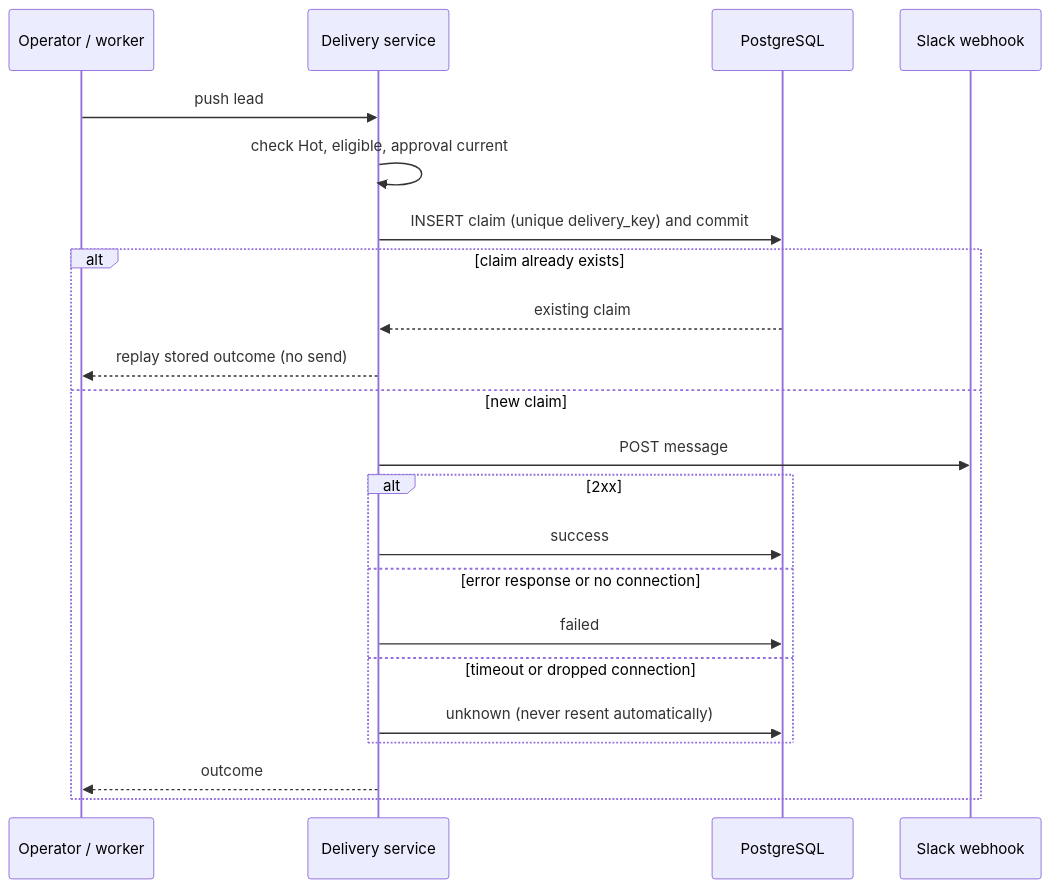
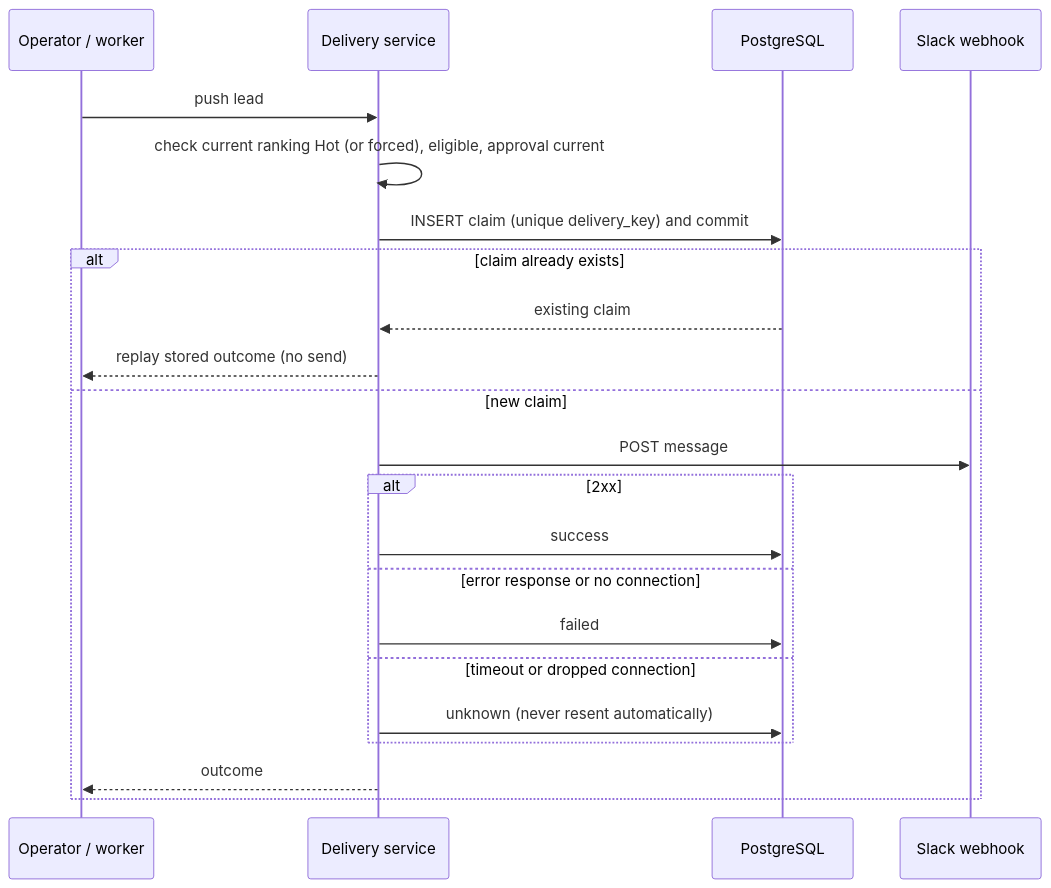
One commit to AhmedKamal-41/gtmflow-ai changed the fifth of 5 diagrams in PROJECT.md. Above: the diagram before and after it, drawn with Mermaid. The commit also changed other lines of this file and 103 other files, not shown here.

````diff
--- a/PROJECT.md
+++ b/PROJECT.md
@@ -619,24 +776,24 @@
 ```mermaid
 sequenceDiagram
     participant Op as Operator / worker
     participant API as Delivery service
     participant DB as PostgreSQL
     participant Slack as Slack webhook
     Op->>API: push lead
-    API->>API: check Hot, eligible, approval current
+    API->>API: check current ranking Hot (or forced), eligible, approval current
     API->>DB: INSERT claim (unique delivery_key) and commit
     alt claim already exists
         DB-->>API: existing claim
         API-->>Op: replay stored outcome (no send)
     else new claim
         API->>Slack: POST message
         alt 2xx
             API->>DB: success
         else error response or no connection
             API->>DB: failed
         else timeout or dropped connection
             API->>DB: unknown (never resent automatically)
         end
         API-->>Op: outcome
     end
 ```
````
